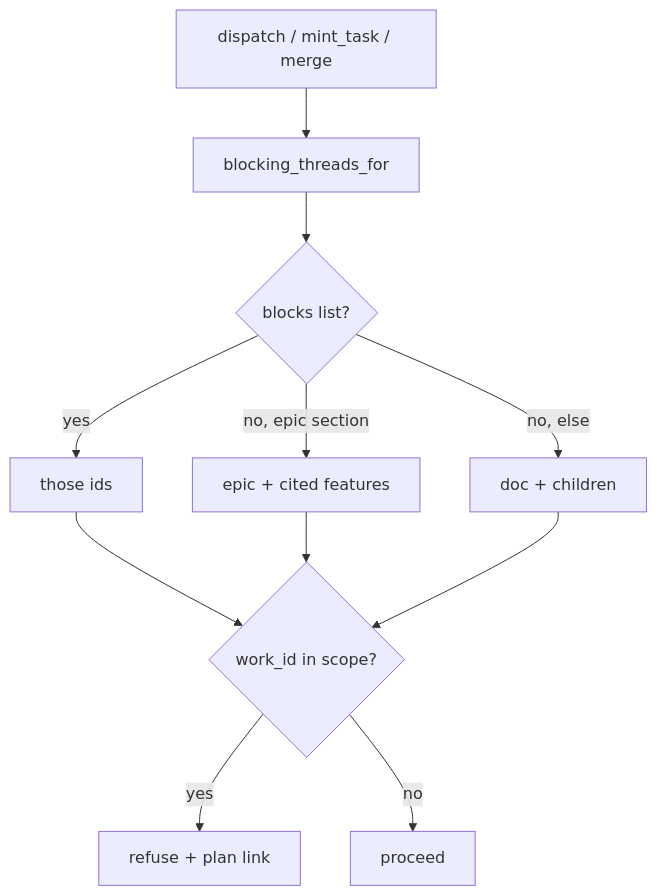
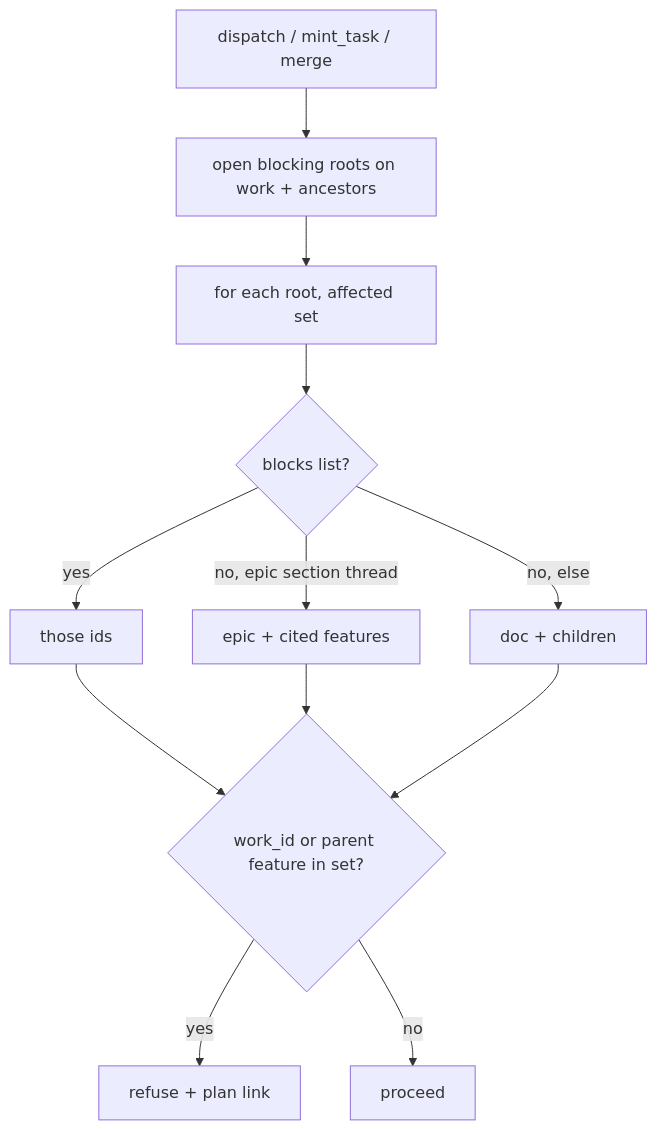
One commit to vincentc-b/CascadeCode changed the diagram in docs/features/1_backlog/feat_019_scoped_dispatch_gates.md. Above: the diagram before and after it, drawn with Mermaid. The commit also changed other lines of this file, not shown here.

Commit message:
docs: feat_019 Scoped dispatch gates

````diff
--- a/docs/features/1_backlog/feat_019_scoped_dispatch_gates.md
+++ b/docs/features/1_backlog/feat_019_scoped_dispatch_gates.md
@@ -95,13 +113,14 @@
 ```mermaid
 flowchart TD
-  CALL[dispatch / mint_task / merge] --> G[blocking_threads_for]
+  CALL[dispatch / mint_task / merge] --> LOAD[open blocking roots on work + ancestors]
+  LOAD --> G[for each root, affected set]
   G --> A{blocks list?}
   A -->|yes| HIT[those ids]
-  A -->|no, epic section| CITE[epic + cited features]
+  A -->|no, epic section thread| CITE[epic + cited features]
   A -->|no, else| ALL[doc + children]
-  HIT --> R{work_id in scope?}
+  HIT --> R{work_id or parent feature in set?}
   CITE --> R
   ALL --> R
   R -->|yes| REFUSE[refuse + plan link]
   R -->|no| OK[proceed]
 ```
````
